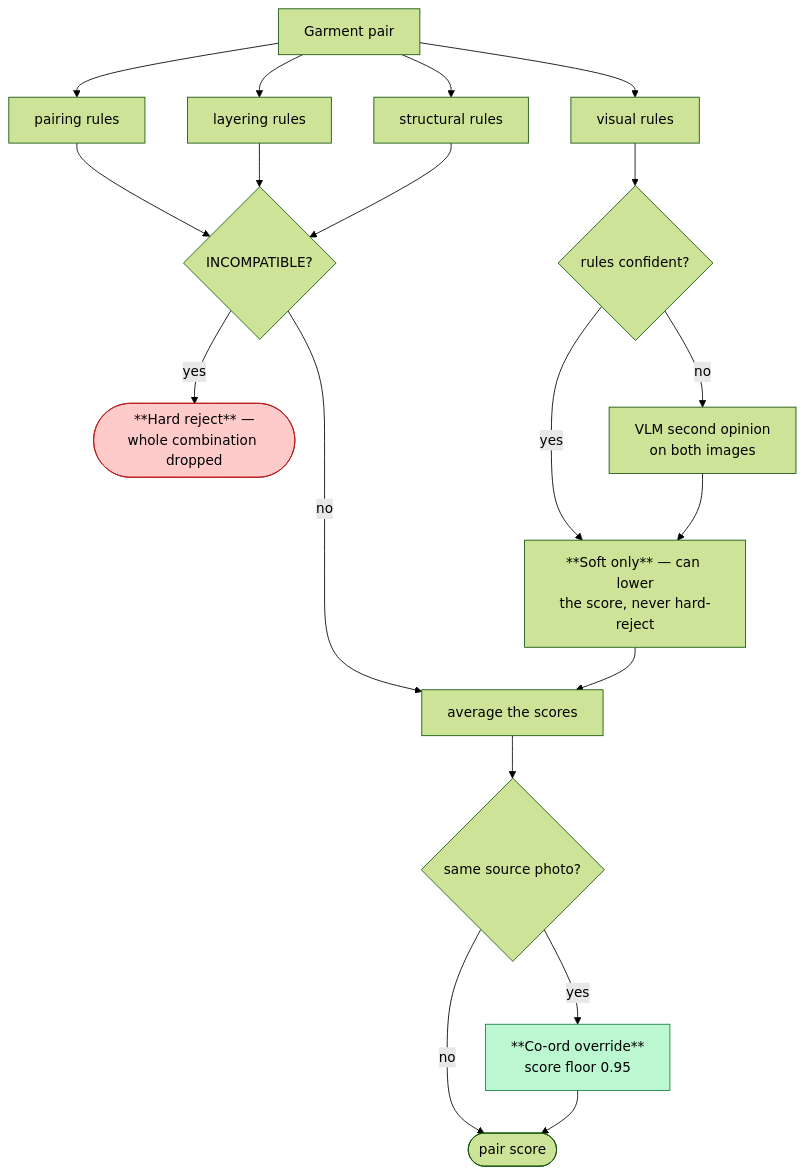
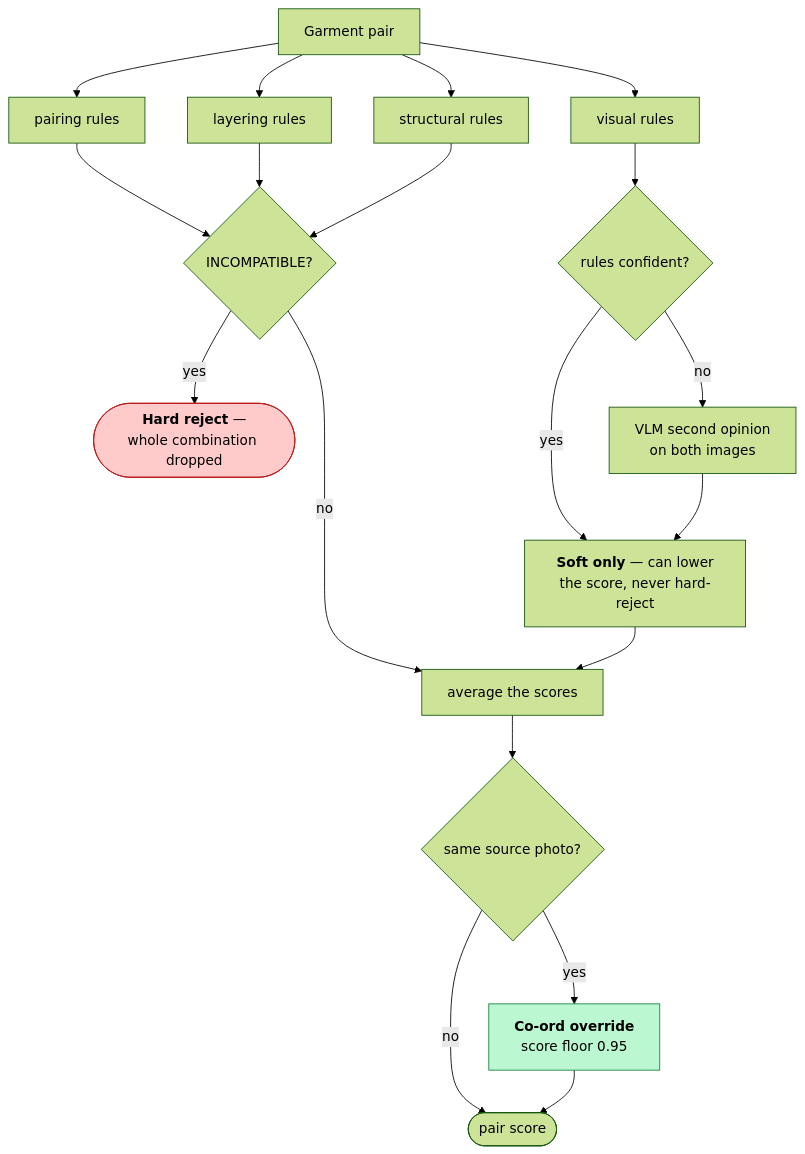
One commit to ClosetTheory/Closet-theory-pipeline changed the seventh of 8 diagrams in docs/PIPELINES.md. Above: the diagram before and after it, drawn with Mermaid (forest theme). The commit also changed other lines of this file and 8 other files, not shown here.

First line of the commit message:
Add a Pipeline Info tab with live, interactive diagrams

````diff
--- a/docs/PIPELINES.md
+++ b/docs/PIPELINES.md
@@ -557,27 +557,27 @@
 ```mermaid
 flowchart TD
     P[Garment pair] --> R1[pairing rules]
     P --> R2[layering rules]
     P --> R3[structural rules]
     P --> R4[visual rules]
 
     R1 --> H{INCOMPATIBLE?}
     R2 --> H
     R3 --> H
-    H -->|yes| REJ([**Hard reject** —<br/>whole combination dropped])
+    H -->|yes| REJ(["<b>Hard reject</b> —<br/>whole combination dropped"])
     H -->|no| SC[average the scores]
 
     R4 --> CONF{rules confident?}
-    CONF -->|no| VLM[VLM second opinion<br/>on both images]
+    CONF -->|no| VLM["VLM second opinion<br/>on both images"]
     CONF -->|yes| SOFT
-    VLM --> SOFT[**Soft only** — can lower<br/>the score, never hard-reject]
+    VLM --> SOFT["<b>Soft only</b> — can lower<br/>the score, never hard-reject"]
     SOFT --> SC
 
     SC --> COORD{same source photo?}
-    COORD -->|yes| OVR["**Co-ord override**<br/>score floor 0.95"]
+    COORD -->|yes| OVR["<b>Co-ord override</b><br/>score floor 0.95"]
     COORD -->|no| OUT([pair score])
     OVR --> OUT
 
     style REJ fill:#fecaca,stroke:#b91c1c,color:#000
     style OVR fill:#bbf7d0,stroke:#15803d,color:#000
 ```
````
